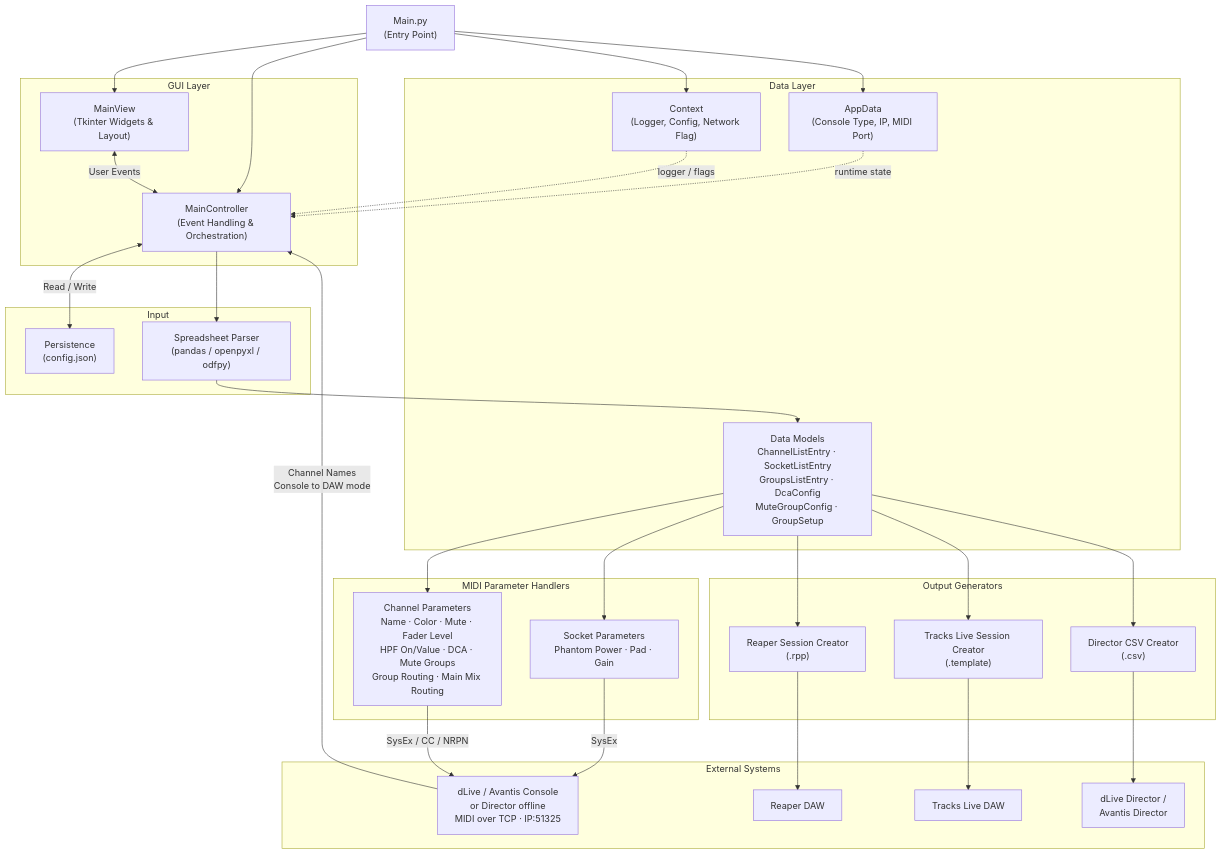
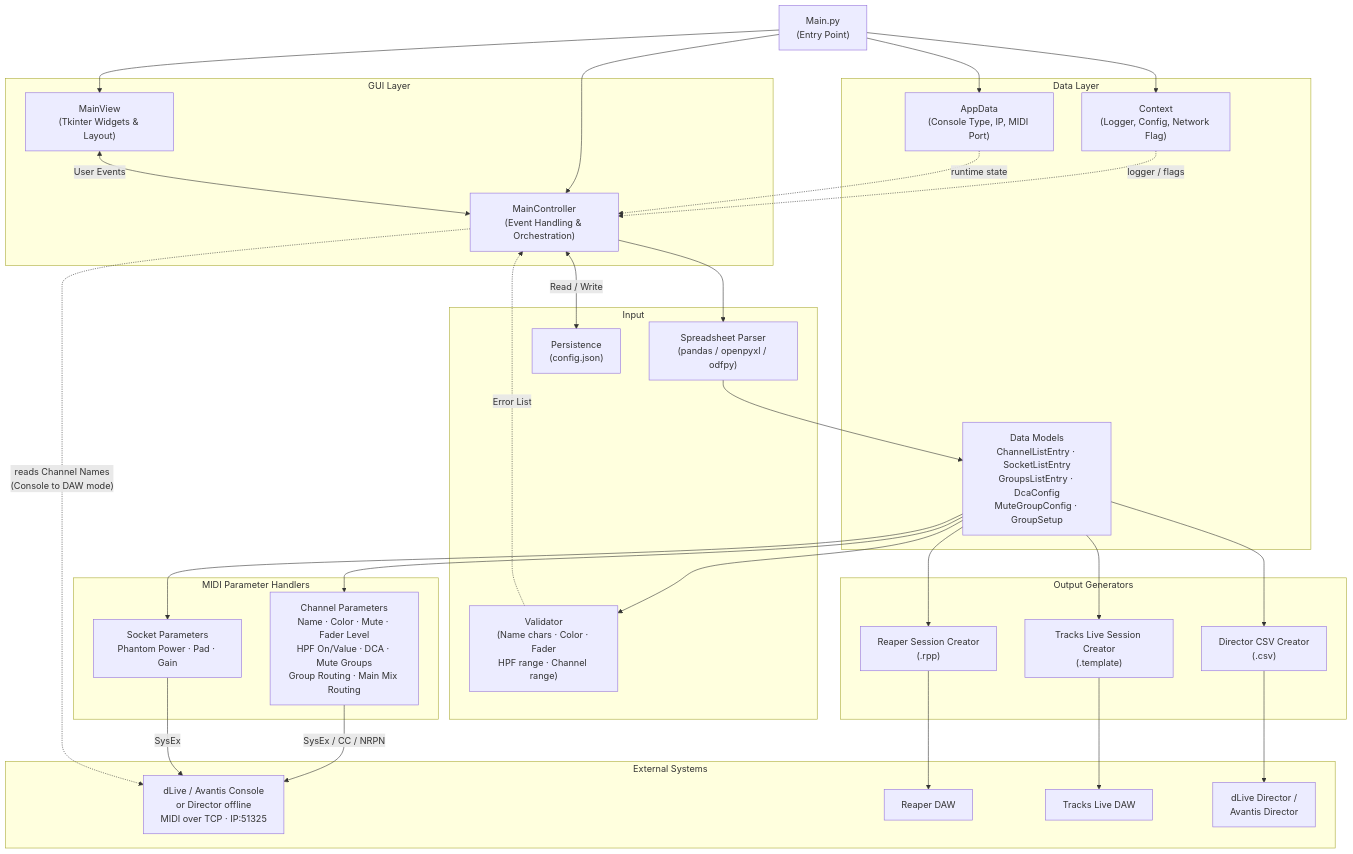
One commit to togrupe/dlive-midi-tools changed the diagram in doc/architecture.md. Above: the diagram before and after it, drawn with Mermaid. The commit also changed other lines of this file, not shown here.

Commit message:
Validator added to architecture overview

````diff
--- a/doc/architecture.md
+++ b/doc/architecture.md
@@ -5,65 +5,68 @@
 ```mermaid
 graph TD
     Main["Main.py\n(Entry Point)"]
 
     subgraph GUI["GUI Layer"]
         View["MainView\n(Tkinter Widgets & Layout)"]
         Controller["MainController\n(Event Handling & Orchestration)"]
     end
 
     subgraph DataLayer["Data Layer"]
         Context["Context\n(Logger, Config, Network Flag)"]
         AppData["AppData\n(Console Type, IP, MIDI Port)"]
         Models["Data Models\nChannelListEntry · SocketListEntry\nGroupsListEntry · DcaConfig\nMuteGroupConfig · GroupSetup"]
     end
 
     subgraph Input["Input"]
         Spreadsheet["Spreadsheet Parser\n(pandas / openpyxl / odfpy)"]
+        Validator["Validator\n(Name chars · Color · Fader\nHPF range · Channel range)"]
         Persistence["Persistence\n(config.json)"]
     end
 
     subgraph MIDIHandlers["MIDI Parameter Handlers"]
         Channels["Channel Parameters\nName · Color · Mute · Fader Level\nHPF On/Value · DCA · Mute Groups\nGroup Routing · Main Mix Routing"]
         Sockets["Socket Parameters\nPhantom Power · Pad · Gain"]
     end
 
     subgraph OutputGenerators["Output Generators"]
         ReaperGen["Reaper Session Creator\n(.rpp)"]
         TracksLiveGen["Tracks Live Session Creator\n(.template)"]
         CsvGen["Director CSV Creator\n(.csv)"]
     end
 
     subgraph External["External Systems"]
         Console["dLive / Avantis Console\nor Director offline\nMIDI over TCP · IP:51325"]
         Reaper["Reaper DAW"]
         TracksLive["Tracks Live DAW"]
         Director["dLive Director /\nAvantis Director"]
     end
 
     Main --> View
     Main --> Controller
     Main --> Context
     Main --> AppData
 
     View <-->|"User Events"| Controller
     Controller <-->|"Read / Write"| Persistence
     Controller --> Spreadsheet
 
     Spreadsheet --> Models
+    Models --> Validator
+    Validator -.->|"Error List"| Controller
     Models --> Channels
     Models --> Sockets
     Models --> ReaperGen
     Models --> TracksLiveGen
     Models --> CsvGen
 
     Channels -->|"SysEx / CC / NRPN"| Console
     Sockets -->|"SysEx"| Console
-    Console -->|"Channel Names\nConsole to DAW mode"| Controller
+    Controller -.->|"reads Channel Names\n(Console to DAW mode)"| Console
 
     ReaperGen --> Reaper
     TracksLiveGen --> TracksLive
     CsvGen --> Director
 
     Context -.->|"logger / flags"| Controller
     AppData -.->|"runtime state"| Controller
 ```
````
